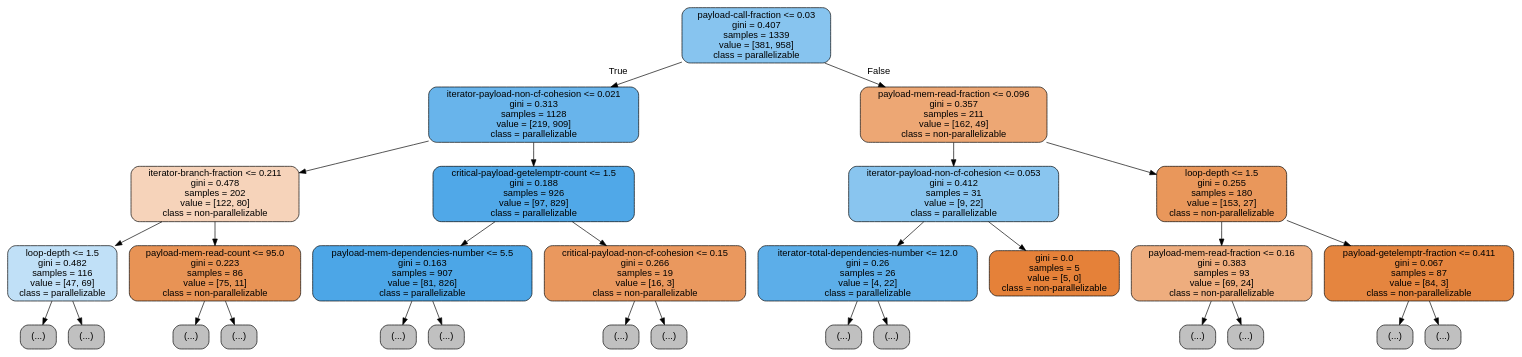
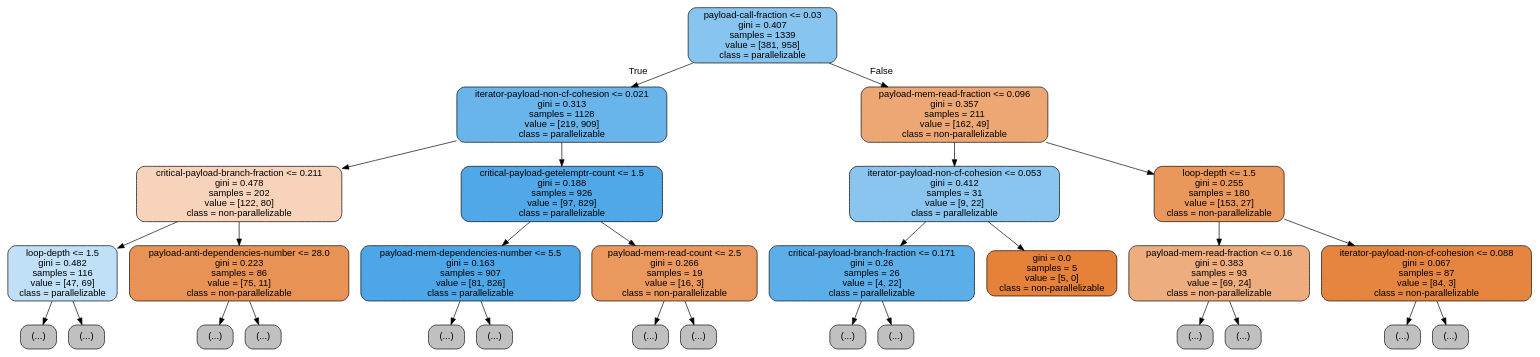
Before and after one commit to harel-coffee/PParMetrics-auto: the diagram in test-train/mg/all.tree3.dot, drawn with Graphviz. The commit also changed 111 other files, not shown here.

```diff
--- a/test-train/mg/all.tree3.dot
+++ b/test-train/mg/all.tree3.dot
@@ -1,61 +1,61 @@
 digraph Tree {
 node [shape=box, style="filled, rounded", color="black", fontname=helvetica] ;
 edge [fontname=helvetica] ;
 0 [label="payload-call-fraction <= 0.03\ngini = 0.407\nsamples = 1339\nvalue = [381, 958]\nclass = parallelizable", fillcolor="#399de59a"] ;
 1 [label="iterator-payload-non-cf-cohesion <= 0.021\ngini = 0.313\nsamples = 1128\nvalue = [219, 909]\nclass = parallelizable", fillcolor="#399de5c2"] ;
 0 -> 1 [labeldistance=2.5, labelangle=45, headlabel="True"] ;
-2 [label="iterator-branch-fraction <= 0.211\ngini = 0.478\nsamples = 202\nvalue = [122, 80]\nclass = non-parallelizable", fillcolor="#e5813958"] ;
+2 [label="critical-payload-branch-fraction <= 0.211\ngini = 0.478\nsamples = 202\nvalue = [122, 80]\nclass = non-parallelizable", fillcolor="#e5813958"] ;
 1 -> 2 ;
 3 [label="loop-depth <= 1.5\ngini = 0.482\nsamples = 116\nvalue = [47, 69]\nclass = parallelizable", fillcolor="#399de551"] ;
 2 -> 3 ;
 4 [label="(...)", fillcolor="#C0C0C0"] ;
 3 -> 4 ;
 17 [label="(...)", fillcolor="#C0C0C0"] ;
 3 -> 17 ;
-34 [label="payload-mem-read-count <= 95.0\ngini = 0.223\nsamples = 86\nvalue = [75, 11]\nclass = non-parallelizable", fillcolor="#e58139da"] ;
+34 [label="payload-anti-dependencies-number <= 28.0\ngini = 0.223\nsamples = 86\nvalue = [75, 11]\nclass = non-parallelizable", fillcolor="#e58139da"] ;
 2 -> 34 ;
 35 [label="(...)", fillcolor="#C0C0C0"] ;
 34 -> 35 ;
 48 [label="(...)", fillcolor="#C0C0C0"] ;
 34 -> 48 ;
 49 [label="critical-payload-getelemptr-count <= 1.5\ngini = 0.188\nsamples = 926\nvalue = [97, 829]\nclass = parallelizable", fillcolor="#399de5e1"] ;
 1 -> 49 ;
 50 [label="payload-mem-dependencies-number <= 5.5\ngini = 0.163\nsamples = 907\nvalue = [81, 826]\nclass = parallelizable", fillcolor="#399de5e6"] ;
 49 -> 50 ;
 51 [label="(...)", fillcolor="#C0C0C0"] ;
 50 -> 51 ;
 132 [label="(...)", fillcolor="#C0C0C0"] ;
 50 -> 132 ;
-173 [label="critical-payload-non-cf-cohesion <= 0.15\ngini = 0.266\nsamples = 19\nvalue = [16, 3]\nclass = non-parallelizable", fillcolor="#e58139cf"] ;
+173 [label="payload-mem-read-count <= 2.5\ngini = 0.266\nsamples = 19\nvalue = [16, 3]\nclass = non-parallelizable", fillcolor="#e58139cf"] ;
 49 -> 173 ;
 174 [label="(...)", fillcolor="#C0C0C0"] ;
 173 -> 174 ;
-177 [label="(...)", fillcolor="#C0C0C0"] ;
-173 -> 177 ;
+175 [label="(...)", fillcolor="#C0C0C0"] ;
+173 -> 175 ;
 178 [label="payload-mem-read-fraction <= 0.096\ngini = 0.357\nsamples = 211\nvalue = [162, 49]\nclass = non-parallelizable", fillcolor="#e58139b2"] ;
 0 -> 178 [labeldistance=2.5, labelangle=-45, headlabel="False"] ;
 179 [label="iterator-payload-non-cf-cohesion <= 0.053\ngini = 0.412\nsamples = 31\nvalue = [9, 22]\nclass = parallelizable", fillcolor="#399de597"] ;
 178 -> 179 ;
-180 [label="iterator-total-dependencies-number <= 12.0\ngini = 0.26\nsamples = 26\nvalue = [4, 22]\nclass = parallelizable", fillcolor="#399de5d1"] ;
+180 [label="critical-payload-branch-fraction <= 0.171\ngini = 0.26\nsamples = 26\nvalue = [4, 22]\nclass = parallelizable", fillcolor="#399de5d1"] ;
 179 -> 180 ;
 181 [label="(...)", fillcolor="#C0C0C0"] ;
 180 -> 181 ;
-184 [label="(...)", fillcolor="#C0C0C0"] ;
-180 -> 184 ;
+182 [label="(...)", fillcolor="#C0C0C0"] ;
+180 -> 182 ;
 185 [label="gini = 0.0\nsamples = 5\nvalue = [5, 0]\nclass = non-parallelizable", fillcolor="#e58139ff"] ;
 179 -> 185 ;
 186 [label="loop-depth <= 1.5\ngini = 0.255\nsamples = 180\nvalue = [153, 27]\nclass = non-parallelizable", fillcolor="#e58139d2"] ;
 178 -> 186 ;
 187 [label="payload-mem-read-fraction <= 0.16\ngini = 0.383\nsamples = 93\nvalue = [69, 24]\nclass = non-parallelizable", fillcolor="#e58139a6"] ;
 186 -> 187 ;
 188 [label="(...)", fillcolor="#C0C0C0"] ;
 187 -> 188 ;
 193 [label="(...)", fillcolor="#C0C0C0"] ;
 187 -> 193 ;
-210 [label="payload-getelemptr-fraction <= 0.411\ngini = 0.067\nsamples = 87\nvalue = [84, 3]\nclass = non-parallelizable", fillcolor="#e58139f6"] ;
+210 [label="iterator-payload-non-cf-cohesion <= 0.088\ngini = 0.067\nsamples = 87\nvalue = [84, 3]\nclass = non-parallelizable", fillcolor="#e58139f6"] ;
 186 -> 210 ;
 211 [label="(...)", fillcolor="#C0C0C0"] ;
 210 -> 211 ;
 216 [label="(...)", fillcolor="#C0C0C0"] ;
 210 -> 216 ;
 }
```
